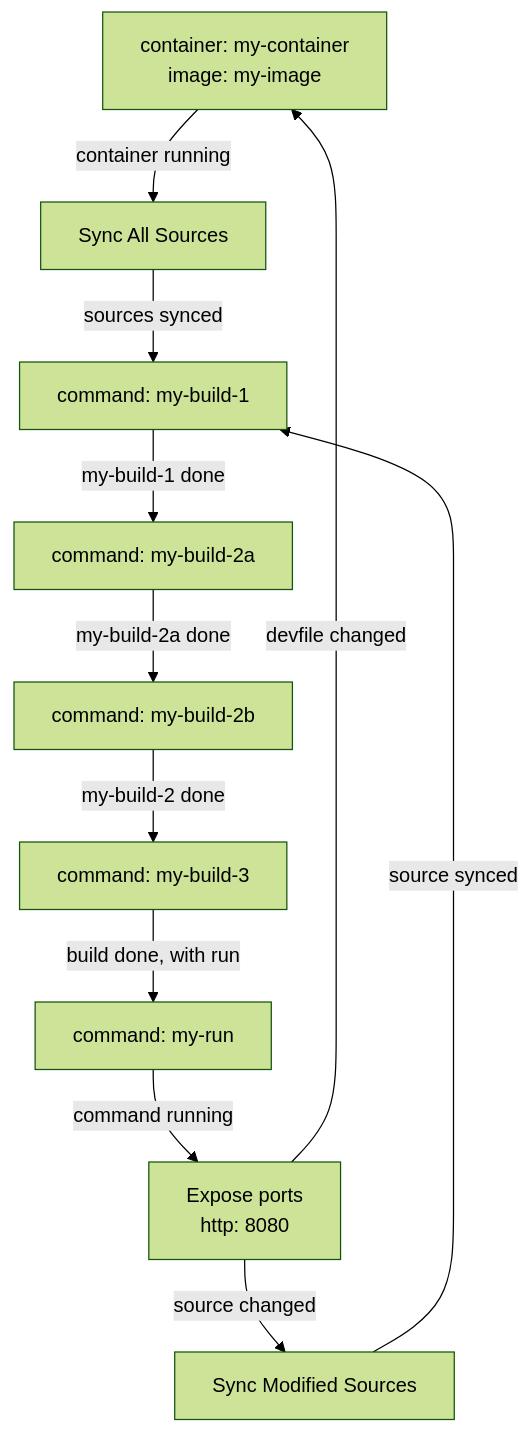
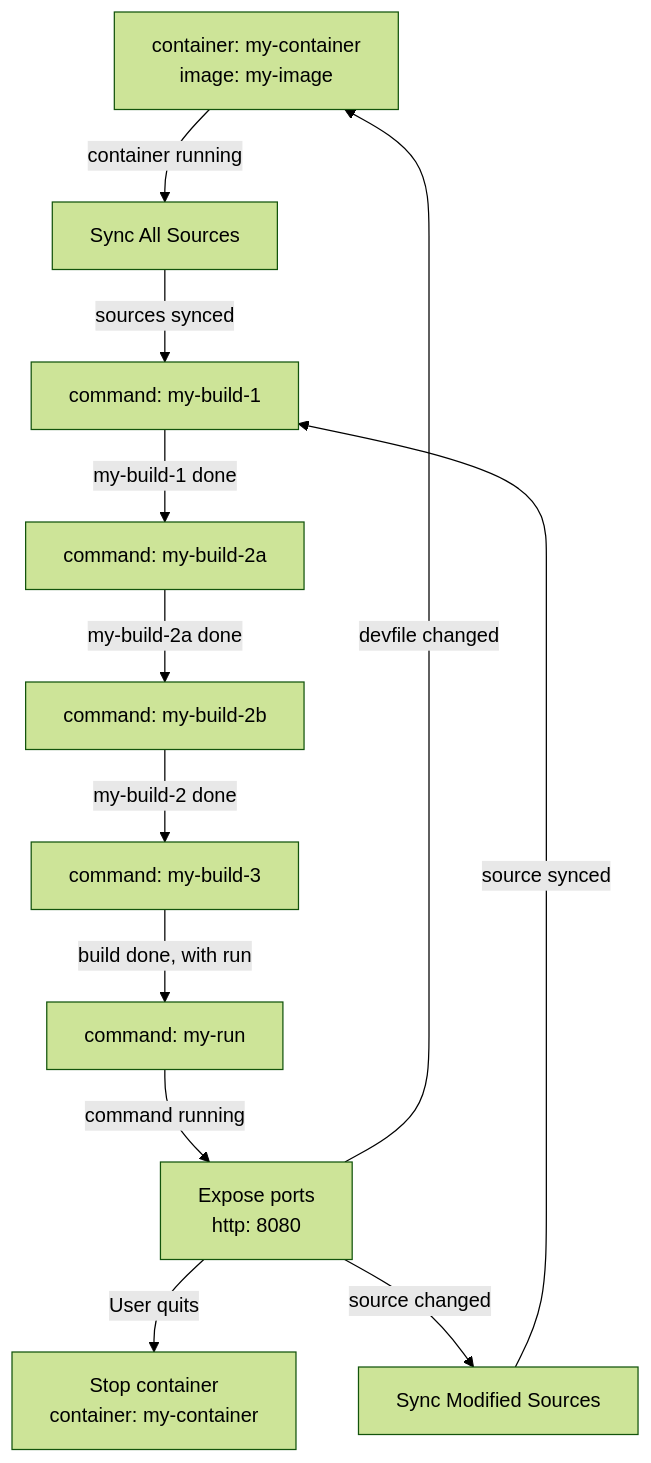
The diagram in pkg/graph/graphs/container-composite-build-exec-run.md (feloy/devfile-lifecycle), drawn with Mermaid (forest theme) before and after one commit. The commit also changed 7 other files, not shown here.

Commit message:
Add "User quits" event

````diff
--- a/pkg/graph/graphs/container-composite-build-exec-run.md
+++ b/pkg/graph/graphs/container-composite-build-exec-run.md
@@ -1,22 +1,24 @@
 ```mermaid
 graph TB
 my-container["container: my-container<br/>image: my-image"]
 my-build-1["command: my-build-1"]
 my-build-2a["command: my-build-2a"]
 my-build-2b["command: my-build-2b"]
 my-build-3["command: my-build-3"]
 my-container-my-run-expose["Expose ports<br/>http: 8080"]
+my-container-stop["Stop container<br/>container: my-container"]
 my-run["command: my-run"]
 sync-all-my-container["Sync All Sources"]
 sync-modified-my-container["Sync Modified Sources"]
 my-container -->|"container running"| sync-all-my-container
 sync-all-my-container -->|"sources synced"| my-build-1
 my-build-1 -->|"my-build-1 done"| my-build-2a
 my-build-2a -->|"my-build-2a done"| my-build-2b
 my-build-2b -->|"my-build-2 done"| my-build-3
 my-build-3 -->|"build done, with run"| my-run
 my-run -->|"command running"| my-container-my-run-expose
+my-container-my-run-expose -->|"User quits"| my-container-stop
 my-container-my-run-expose -->|"source changed"| sync-modified-my-container
 sync-modified-my-container -->|"source synced"| my-build-1
 my-container-my-run-expose -->|"devfile changed"| my-container
 ```
````
